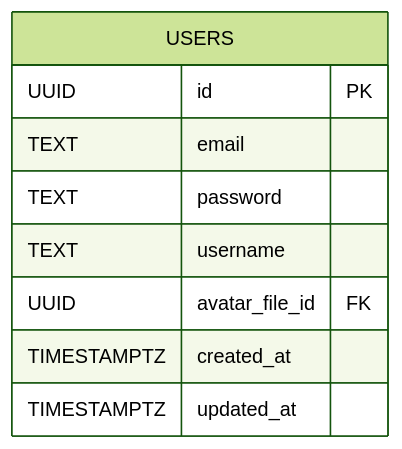
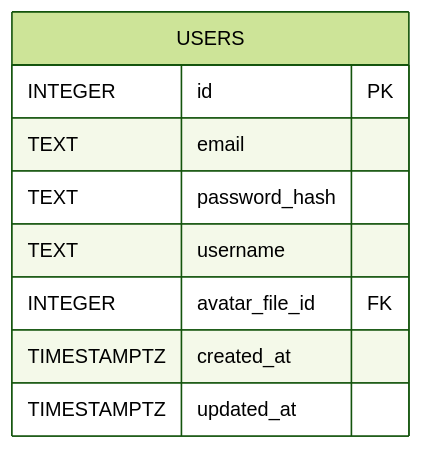
One commit to go-park-mail-ru/2025_2_FiveCode changed the first of 11 diagrams in db/normalized/relations.md. Above: the diagram before and after it, drawn with Mermaid (forest theme). The commit also changed other lines of this file and 2 other files, not shown here.

Commit message:
add trigger, update er and relations

````diff
--- a/db/normalized/relations.md
+++ b/db/normalized/relations.md
@@ -38,12 +38,12 @@
 ```mermaid
 erDiagram
   USERS {
-    UUID id PK
+    INTEGER id PK
     TEXT email 
-    TEXT password 
+    TEXT password_hash 
     TEXT username
-    UUID avatar_file_id FK
+    INTEGER avatar_file_id FK
     TIMESTAMPTZ created_at
     TIMESTAMPTZ updated_at
   }
 ```
````
